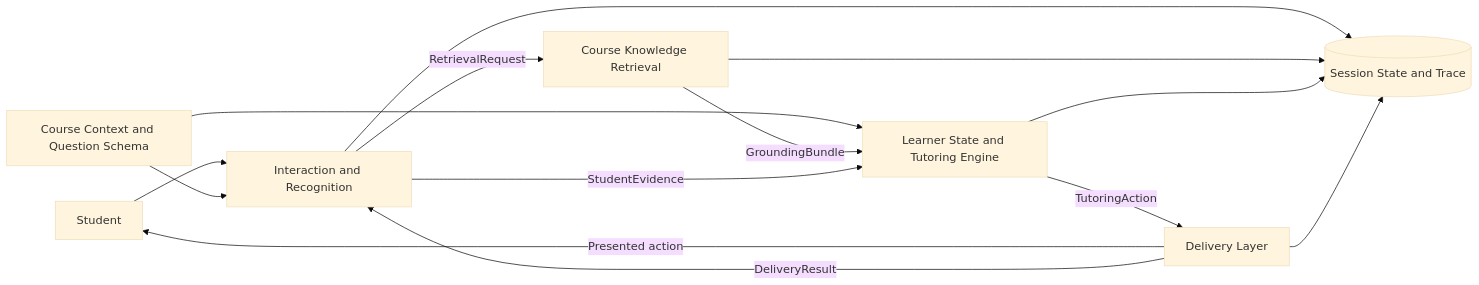
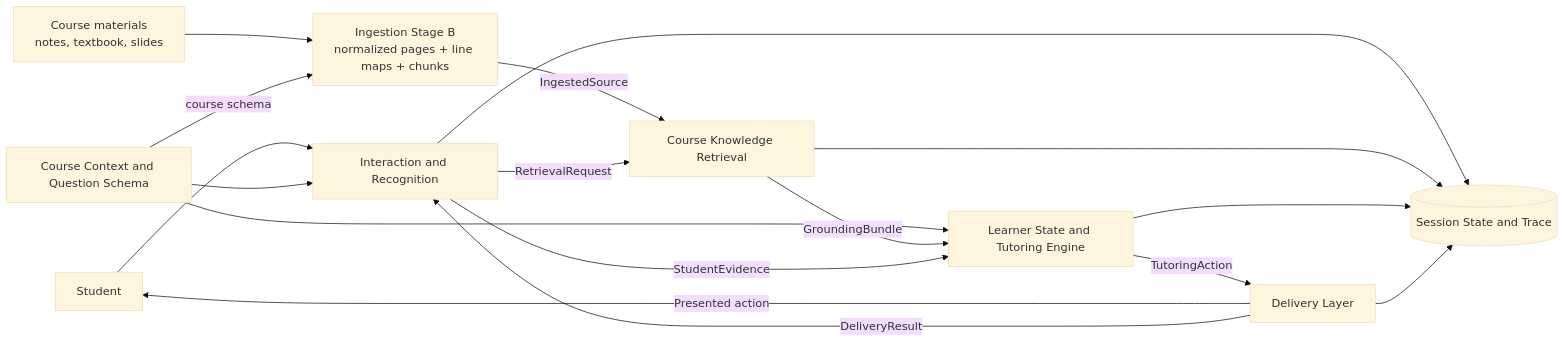
The diagram in specs/architecture.md (digital-professor-lab/digital-professor), drawn with Mermaid (base theme) before and after one commit. The commit also changed other lines of this file and 9 other files, not shown here.

````diff
--- a/specs/architecture.md
+++ b/specs/architecture.md
@@ -23,16 +23,19 @@
 ```mermaid
 flowchart LR
     U[Student] --> I[Interaction and Recognition]
     CQ[Course Context and Question Schema] --> I
     CQ --> T[Learner State and Tutoring Engine]
-    I -->|RetrievalRequest| R[Course Knowledge Retrieval]
+    MAT[Course materials<br/>notes, textbook, slides] --> ING[Ingestion Stage B<br/>normalized pages + line maps + chunks]
+    CQ -->|course schema| ING
+    ING -->|IngestedSource| R[Course Knowledge Retrieval]
+    I -->|RetrievalRequest| R
     R -->|GroundingBundle| T
     I -->|StudentEvidence| T
     T -->|TutoringAction| D[Delivery Layer]
     D -->|Presented action| U
     D -->|DeliveryResult| I
     I --> P[(Session State and Trace)]
     R --> P
     T --> P
     D --> P
 ```
````
